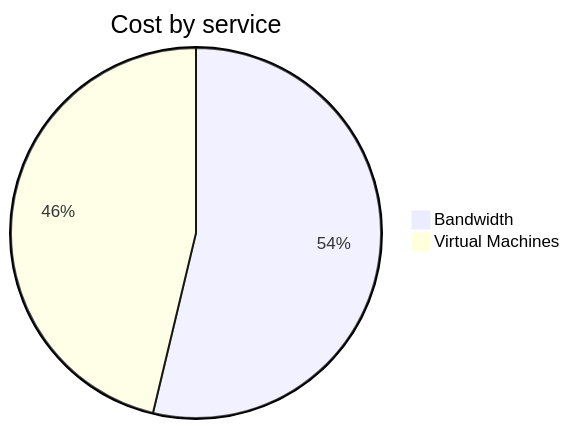
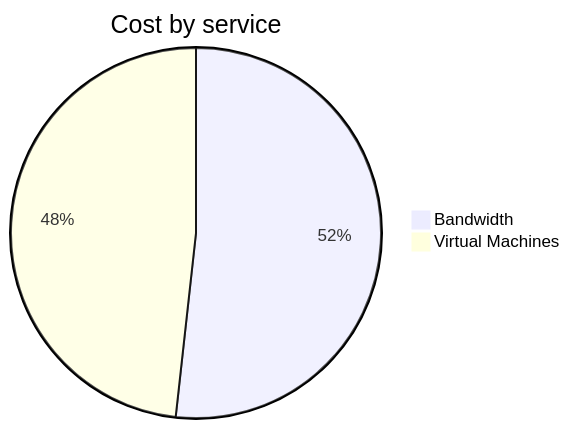
Before and after one commit to jpfulton/azure-personal-reports: the second of 4 diagrams in cost-reports/personal-network/vpn-server.md, drawn with Mermaid. The commit also changed other lines of this file and 8 other files, not shown here.

````diff
--- a/cost-reports/personal-network/vpn-server.md
+++ b/cost-reports/personal-network/vpn-server.md
@@ -94,6 +94,6 @@
 ```mermaid
 pie
    title Cost by service
    "Bandwidth" : 2.66
-   "Virtual Machines" : 2.29
+   "Virtual Machines" : 2.48
 ```
````
